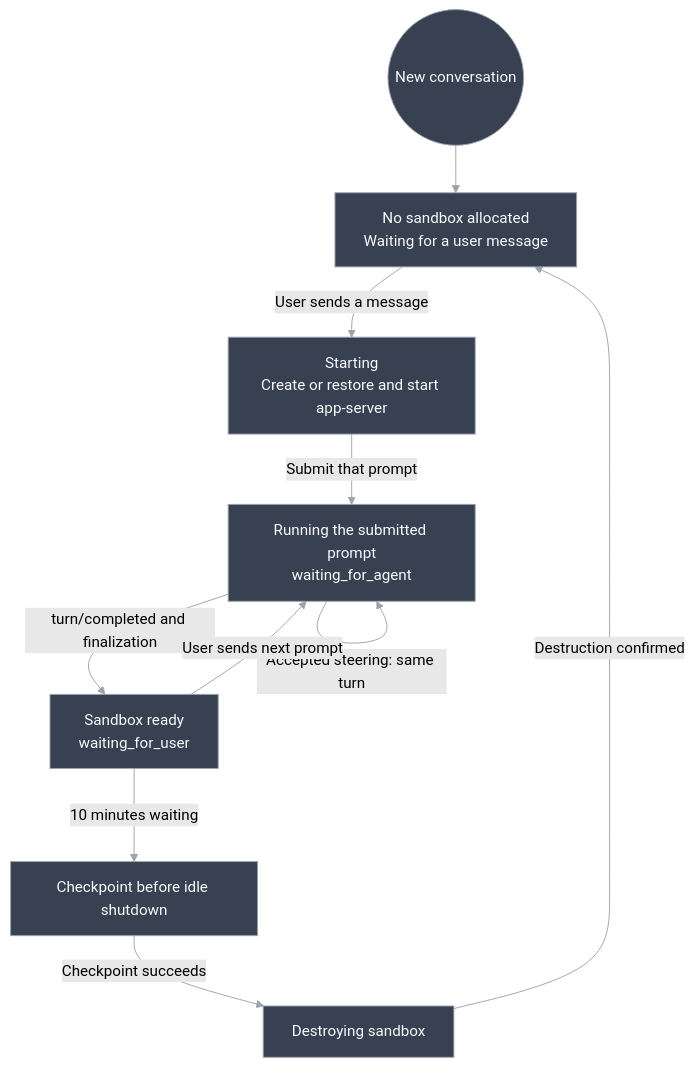
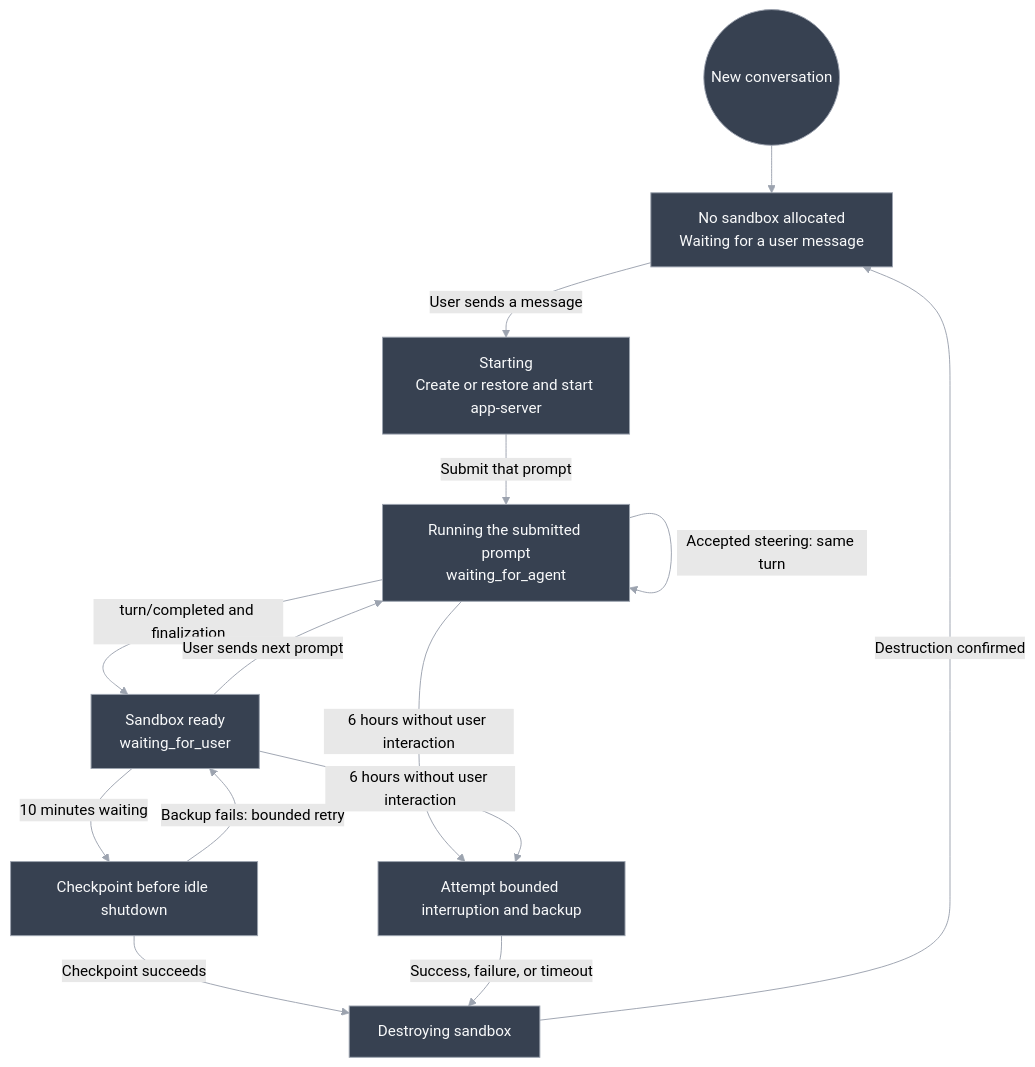
Before and after one commit to miguelaenlle/cloudflare-agents-sdk-test: the third of 3 diagrams in docs/architecture.md, drawn with Mermaid (forest theme). The commit also changed other lines of this file and 4 other files, not shown here.

````diff
--- a/docs/architecture.md
+++ b/docs/architecture.md
@@ -165,23 +172,27 @@
 ```mermaid
 flowchart TD
     Initial(("New conversation"))
     Offline["No sandbox allocated<br/>Waiting for a user message"]
     Starting["Starting<br/>Create or restore and start app-server"]
     Working["Running the submitted prompt<br/>waiting_for_agent"]
     Waiting["Sandbox ready<br/>waiting_for_user"]
     Saving["Checkpoint before idle shutdown"]
     Destroying["Destroying sandbox"]
 
     Initial --> Offline
     Offline -->|"User sends a message"| Starting
     Starting -->|"Submit that prompt"| Working
     Working -->|"turn/completed and finalization"| Waiting
     Working -->|"Accepted steering: same turn"| Working
     Waiting -->|"User sends next prompt"| Working
     Waiting -->|"10 minutes waiting"| Saving
     Saving -->|"Checkpoint succeeds"| Destroying
+    Saving -->|"Backup fails: bounded retry"| Waiting
+    Working -->|"6 hours without user interaction"| Deadline["Attempt bounded interruption and backup"]
+    Waiting -->|"6 hours without user interaction"| Deadline
+    Deadline -->|"Success, failure, or timeout"| Destroying
     Destroying -->|"Destruction confirmed"| Offline
 
     classDef default fill:#374151,stroke:#9ca3af,color:#f9fafb
     linkStyle default stroke:#9ca3af
 ```
````
